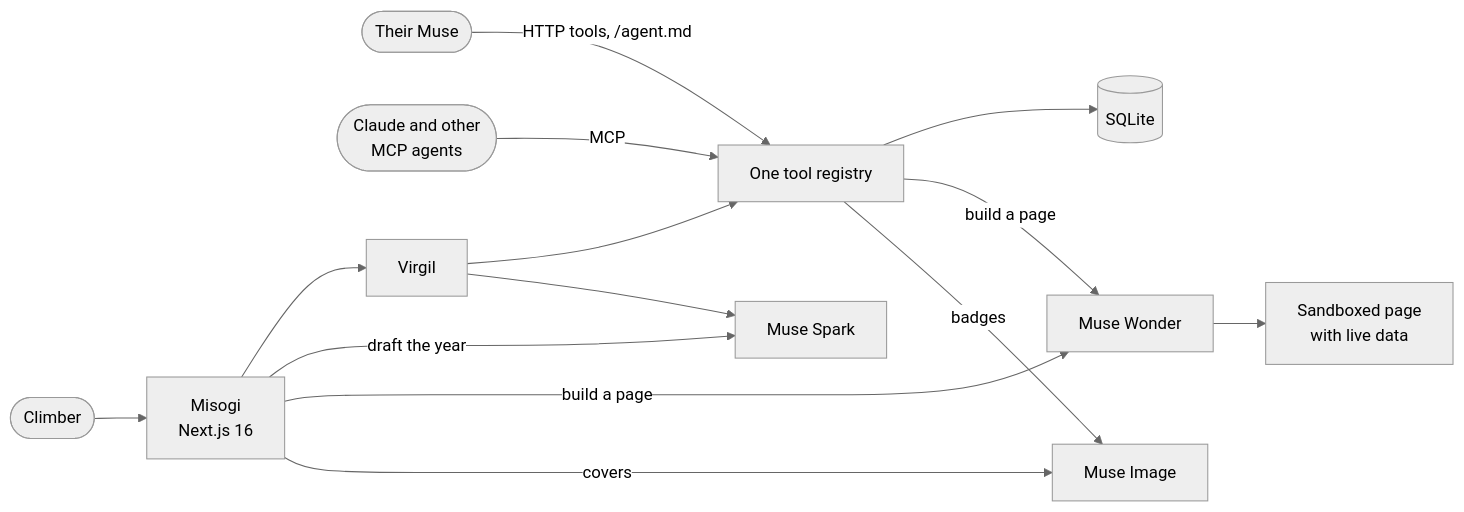
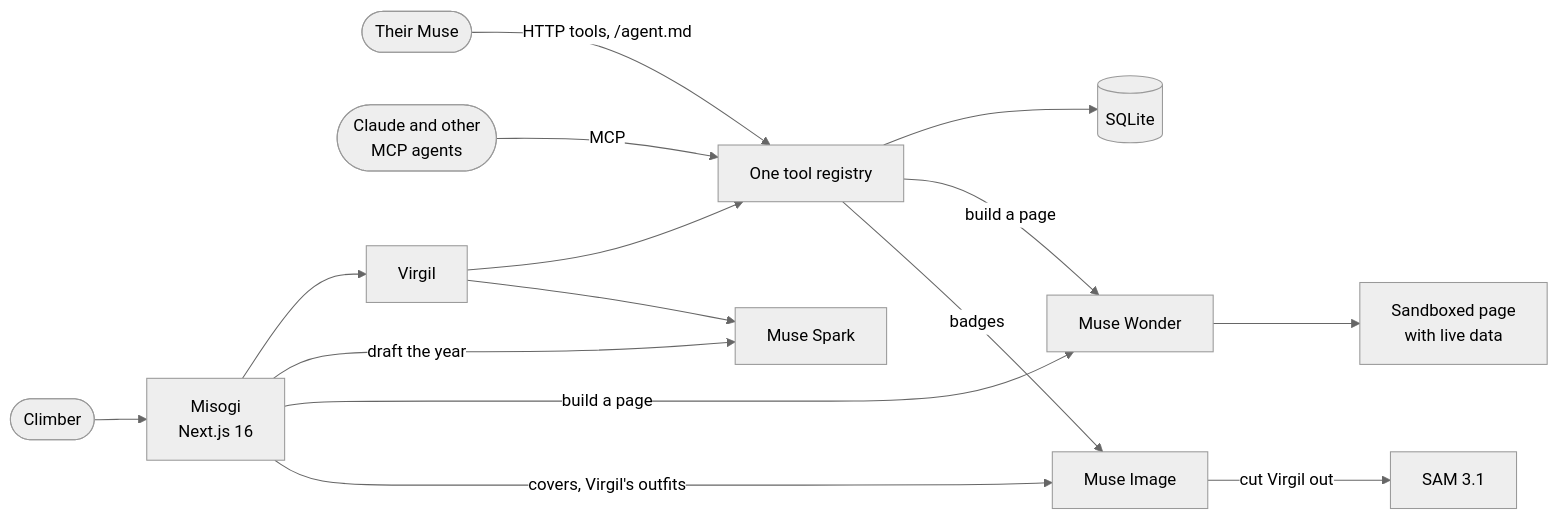
The diagram in README.md (markmdev/misogi), drawn with Mermaid (neutral theme) before and after one commit. The commit also changed other lines of this file and 17 other files, not shown here.

First line of the commit message:
Virgil dressed for each challenge: Muse Spark picks the outfit, Muse Image draws him, SAM 3.1 cuts him out (#48)

````diff
--- a/README.md
+++ b/README.md
@@ -48,15 +49,16 @@
 ```mermaid
 flowchart LR
   person([Climber]) --> web[Misogi<br/>Next.js 16]
   muse([Their Muse]) -->|HTTP tools, /agent.md| tools
   mcp([Claude and other<br/>MCP agents]) -->|MCP| tools
   web --> virgil[Virgil] --> tools[One tool registry]
   tools --> db[(SQLite)]
   web -->|draft the year| spark[Muse Spark]
   virgil --> spark
   web -->|build a page| wonder[Muse Wonder]
   tools -->|build a page| wonder
   wonder --> frame[Sandboxed page<br/>with live data]
-  web -->|covers| image[Muse Image]
+  web -->|covers, Virgil's outfits| image[Muse Image]
+  image -->|cut Virgil out| sam[SAM 3.1]
   tools -->|badges| image
 ```
````
